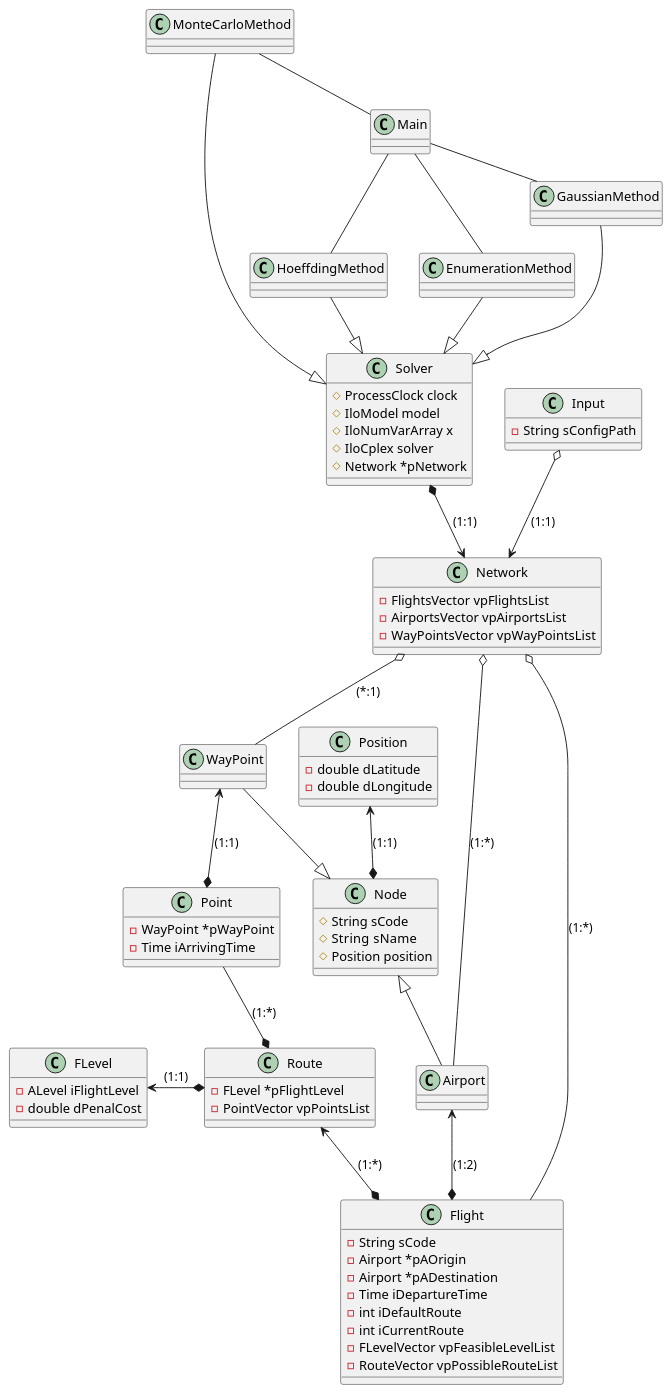
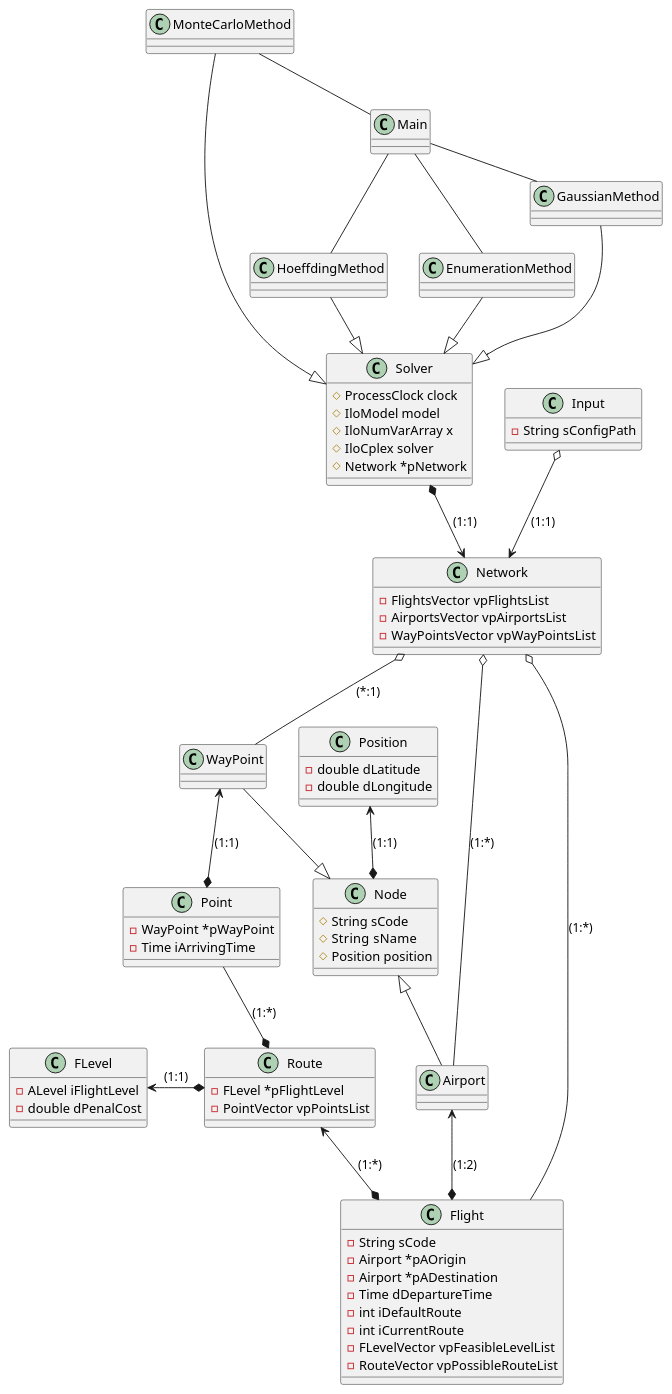
Before and after one commit to martinWANG2014/RobustFLA: the diagram in uml/ClassDiagramSimple.puml, drawn with PlantUML. The commit also changed 16 other files, not shown here.

```diff
--- a/uml/ClassDiagramSimple.puml
+++ b/uml/ClassDiagramSimple.puml
@@ -1,81 +1,81 @@
 @startuml
 
 class Input{
     -String sConfigPath
 }
 class Network{
     -FlightsVector vpFlightsList
     -AirportsVector vpAirportsList
     -WayPointsVector vpWayPointsList
 }
 class Position{
     -double dLatitude
     -double dLongitude
 }
 class Node{
     #String sCode
     #String  sName
     #Position position
 }
 class FLevel{
     -ALevel iFlightLevel
     -double dPenalCost
 }
 class Flight{
     -String sCode
     -Airport *pAOrigin
     -Airport *pADestination
-    -Time iDepartureTime
+    -Time dDepartureTime
     -int iDefaultRoute
     -int iCurrentRoute
     -FLevelVector vpFeasibleLevelList
     -RouteVector vpPossibleRouteList
 }
 class Point{
     -WayPoint *pWayPoint
     -Time iArrivingTime
 
 }
 class Route{
     -FLevel *pFlightLevel
     -PointVector vpPointsList
 }
 
 class Solver{
     #ProcessClock clock
     #IloModel model
     #IloNumVarArray x
     #IloCplex solver
     #Network *pNetwork
 }
 class MonteCarloMethod{
 }
 class HoeffdingMethod{
 }
 class EnumerationMethod{
 }
 class GaussianMethod{
 }
 
 Airport -u-|> Node
 WayPoint --|> Node
 Route *-u- Point:(1:*)
 Route *-l-> FLevel:(1:1)
 Point *-u->WayPoint:(1:1)
 Flight *-u->Route:(1:*)
 Flight *-l->Airport:(1:2)
 Node *-u->Position:(1:1)
 Input o-->Network:(1:1)
 Network o--Flight:(1:*)
 Network o--Airport:(1:*)
 Network o--WayPoint:(*:1)
 Solver *-->Network:(1:1)
 MonteCarloMethod -u-|> Solver
 HoeffdingMethod -d-|> Solver
 EnumerationMethod --|> Solver
 GaussianMethod -r-|> Solver
 Main -u- MonteCarloMethod
 Main -d- HoeffdingMethod
 Main -- EnumerationMethod
 Main -r- GaussianMethod
 @enduml
```
